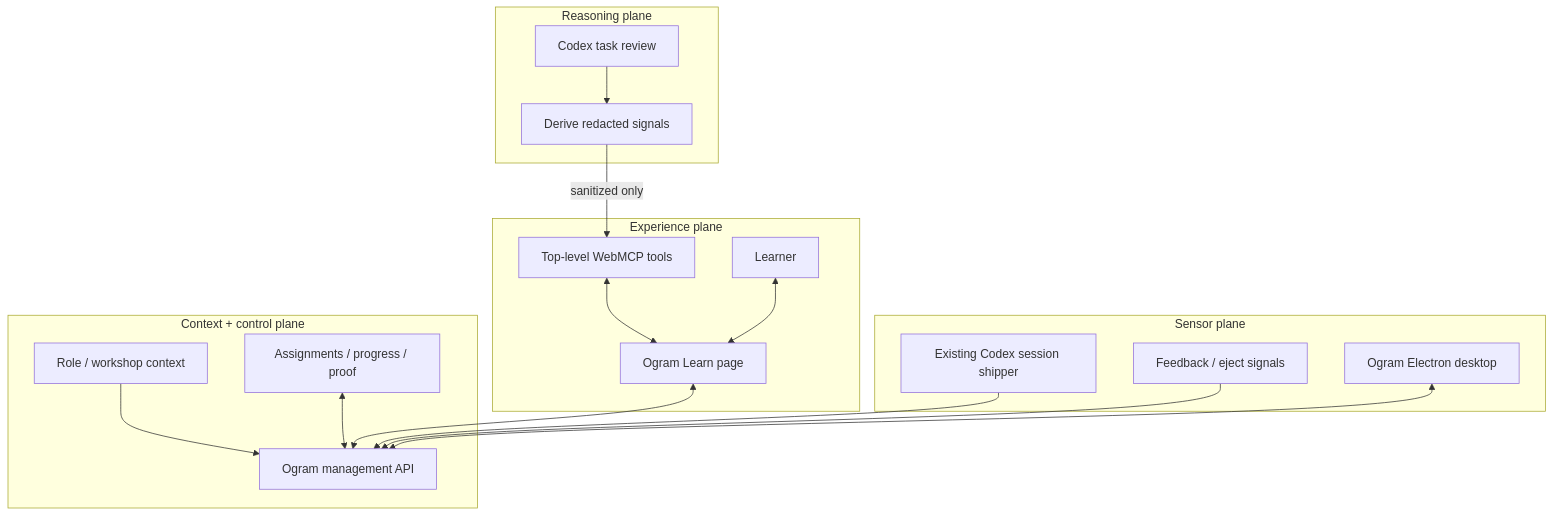
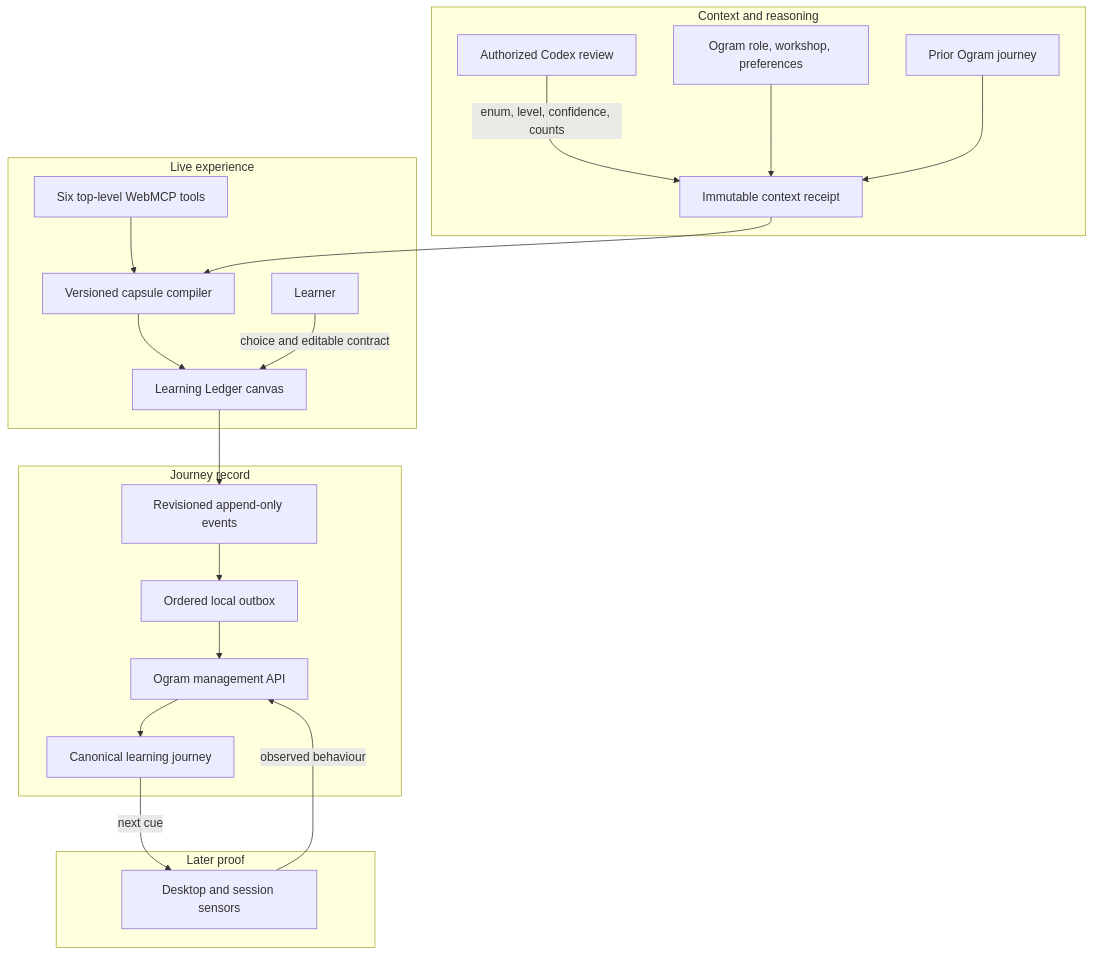
One commit to self-tech-labs/agentic-textbook changed the diagram in docs/architecture.md. Above: the diagram before and after it, drawn with Mermaid. The commit also changed other lines of this file and 45 other files, not shown here.

Commit message:
feat: rebuild Ogram Learn as a learning ledger

````diff
--- a/docs/architecture.md
+++ b/docs/architecture.md
@@ -24,36 +15,36 @@
 ```mermaid
 flowchart TB
-  subgraph R[Reasoning plane]
-    Codex[Codex task review]
-    Derive[Derive redacted signals]
-    Codex --> Derive
+  subgraph Context[Context and reasoning]
+    OC[Ogram role, workshop, preferences]
+    CR[Authorized Codex review]
+    LJ[Prior Ogram journey]
+    CR -->|enum, level, confidence, counts| RC[Immutable context receipt]
+    OC --> RC
+    LJ --> RC
   end
 
-  subgraph X[Experience plane]
-    Page[Ogram Learn page]
-    Tools[Top-level WebMCP tools]
-    Human[Learner]
-    Tools <--> Page
-    Human <--> Page
+  subgraph Experience[Live experience]
+    WM[Six top-level WebMCP tools]
+    CP[Versioned capsule compiler]
+    UI[Learning Ledger canvas]
+    HU[Learner]
+    WM --> CP
+    RC --> CP
+    CP --> UI
+    HU -->|choice and editable contract| UI
   end
 
-  subgraph C[Context + control plane]
+  subgraph Record[Journey record]
+    EV[Revisioned append-only events]
+    OB[Ordered local outbox]
     API[Ogram management API]
-    Profile[Role / workshop context]
-    Journey[Assignments / progress / proof]
-    Profile --> API
-    Journey <--> API
+    DB[Canonical learning journey]
+    UI --> EV --> OB --> API --> DB
   end
 
-  subgraph S[Sensor plane]
-    Shipper[Existing Codex session shipper]
-    Desktop[Ogram Electron desktop]
-    Feedback[Feedback / eject signals]
+  subgraph Companion[Later proof]
+    DS[Desktop and session sensors]
+    DS -->|observed behaviour| API
+    DB -->|next cue| DS
   end
-
-  Derive -->|sanitized only| Tools
-  Page <--> API
-  Shipper --> API
-  Feedback --> API
-  Desktop <--> API
 ```
````
